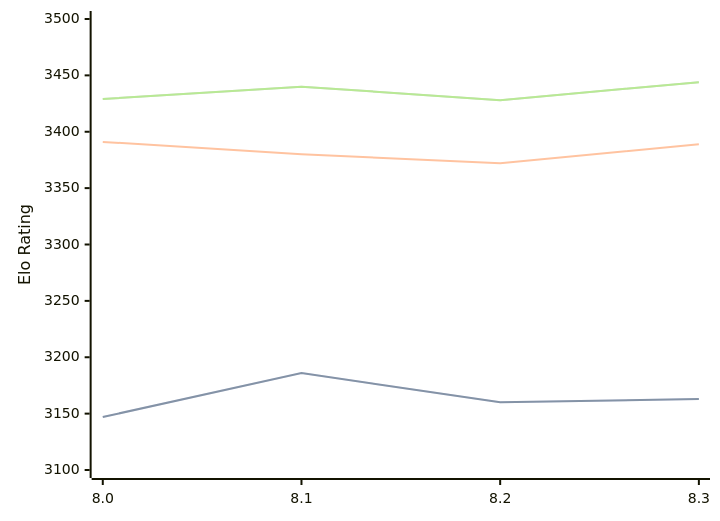
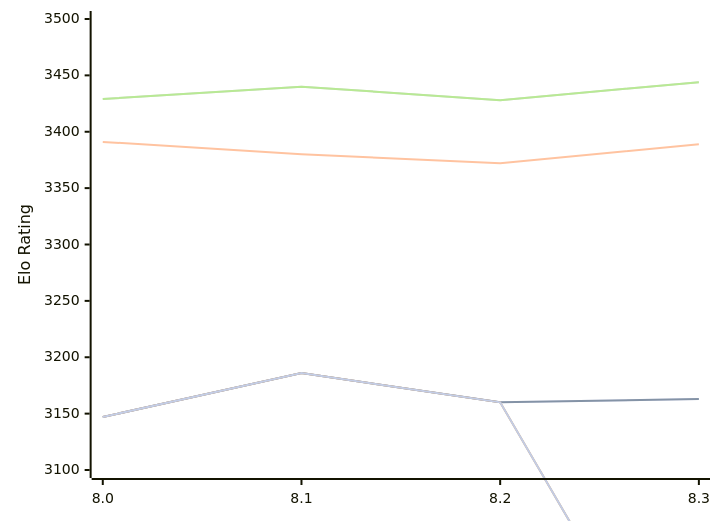
Before and after one commit to computer-chess-index/cci: the diagram in engines/Alexander.md, drawn with Mermaid. The commit also changed other lines of this file, not shown here.

Commit message:
Update CCI Ratings (ELO VLTC) - 2026-10-11

````diff
--- a/engines/Alexander.md
+++ b/engines/Alexander.md
@@ -50,16 +50,13 @@
 ```mermaid
 %%{init: {"theme":"base","themeVariables":{"seriesColors:['#a3a3a3','#222221','#faa371']}}}%%
 xychart-beta
   x-axis ["8.0", "8.1", "8.2", "8.3"]
   y-axis "Elo Rating" 3100 --> 3500
   line "" [3147, 3186, 3160, 3163]
   line "T1: STC (8.0+0.08s)" [3147, 3186, 3160, 3163]
   line "T1: LTC (60.0+0.60s)" [3391, 3380, 3372, 3389]
   line "" [3429, 3440, 3428, 3444]
   line "T1: VLTC (2m24s+1.12s)" [3429, 3440, 3428, 3444]
-  line "" [2844]
-  line "E1: STC (8.0+0.08s)" [2844]
-  line "E1: LTC (60.0+0.60s)" [3113]
-  line "" [3239]
-  line "E1: VLTC (2m24s+1.12s)" [3239]
+  line "" [3147, 3186, 3160,2858]
+  line "E1: STC (8.0+0.08s)" [3147, 3186, 3160,2858]
 ```
````
